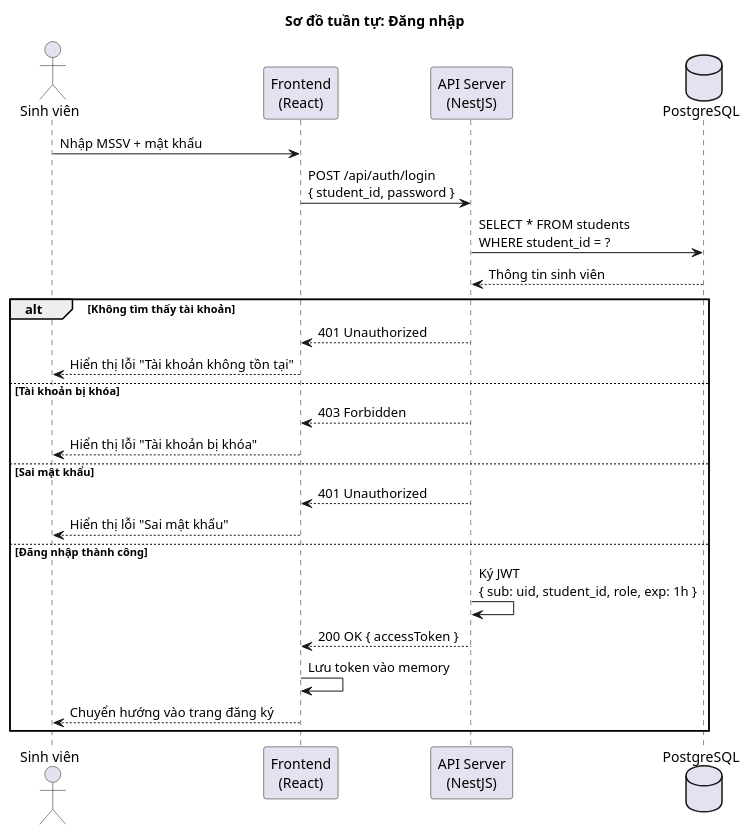
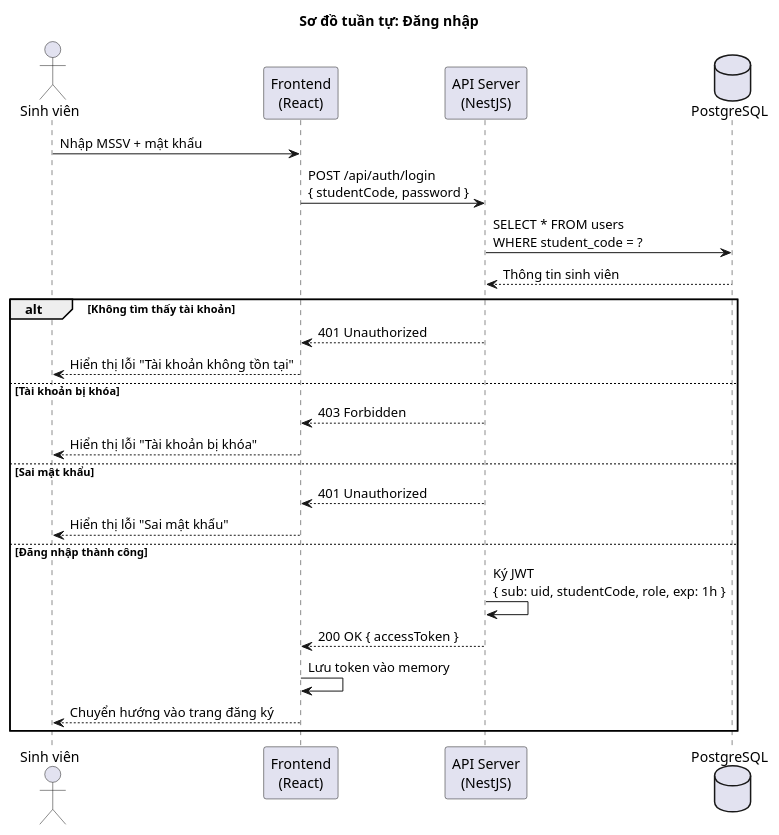
The first of 5 diagrams in docs/doc/sequence-diagrams.md (huyhuyqazwsx/do_an_tot_nghiep), drawn with PlantUML before and after one commit. The commit also changed other lines of this file and 5 other files, not shown here.

````diff
--- a/docs/doc/sequence-diagrams.md
+++ b/docs/doc/sequence-diagrams.md
@@ -9,33 +9,33 @@
 ```plantuml
 @startuml SD_Login
 title Sơ đồ tuần tự: Đăng nhập
 
 actor "Sinh viên" as SV
 participant "Frontend\n(React)" as FE
 participant "API Server\n(NestJS)" as API
 database "PostgreSQL" as DB
 
 SV -> FE : Nhập MSSV + mật khẩu
-FE -> API : POST /api/auth/login\n{ student_id, password }
+FE -> API : POST /api/auth/login\n{ studentCode, password }
 
-API -> DB : SELECT * FROM students\nWHERE student_id = ?
+API -> DB : SELECT * FROM users\nWHERE student_code = ?
 DB --> API : Thông tin sinh viên
 
 alt Không tìm thấy tài khoản
     API --> FE : 401 Unauthorized
     FE --> SV : Hiển thị lỗi "Tài khoản không tồn tại"
 else Tài khoản bị khóa
     API --> FE : 403 Forbidden
     FE --> SV : Hiển thị lỗi "Tài khoản bị khóa"
 else Sai mật khẩu
     API --> FE : 401 Unauthorized
     FE --> SV : Hiển thị lỗi "Sai mật khẩu"
 else Đăng nhập thành công
-    API -> API : Ký JWT\n{ sub: uid, student_id, role, exp: 1h }
+    API -> API : Ký JWT\n{ sub: uid, studentCode, role, exp: 1h }
     API --> FE : 200 OK { accessToken }
     FE -> FE : Lưu token vào memory
     FE --> SV : Chuyển hướng vào trang đăng ký
 end
 
 @enduml
 ```
````
